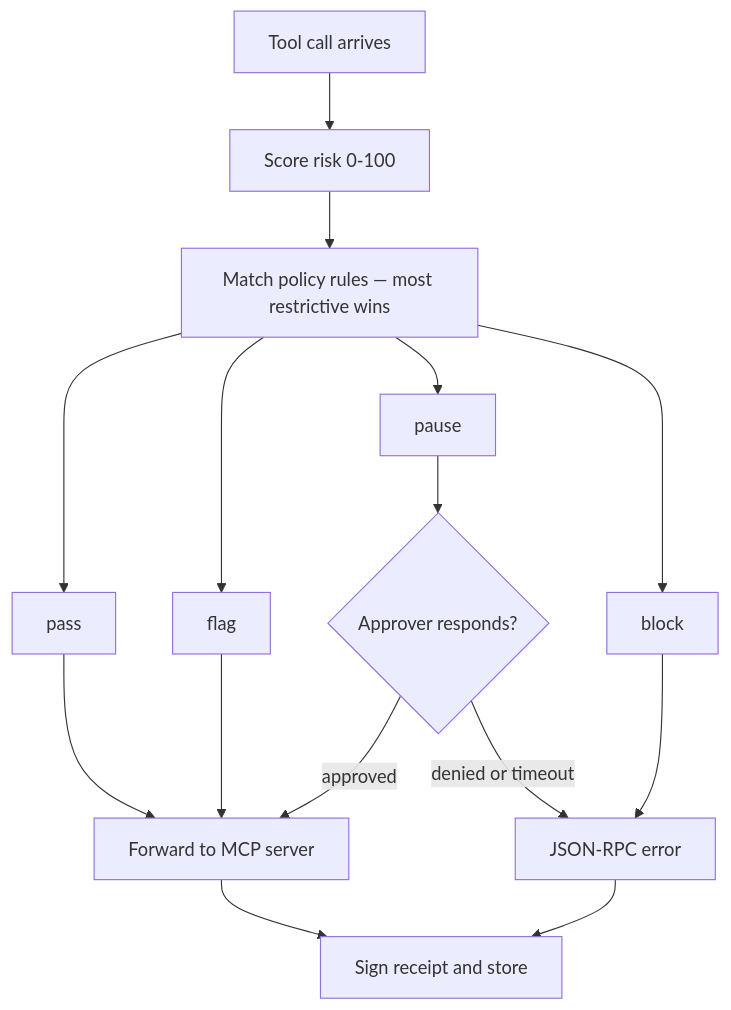
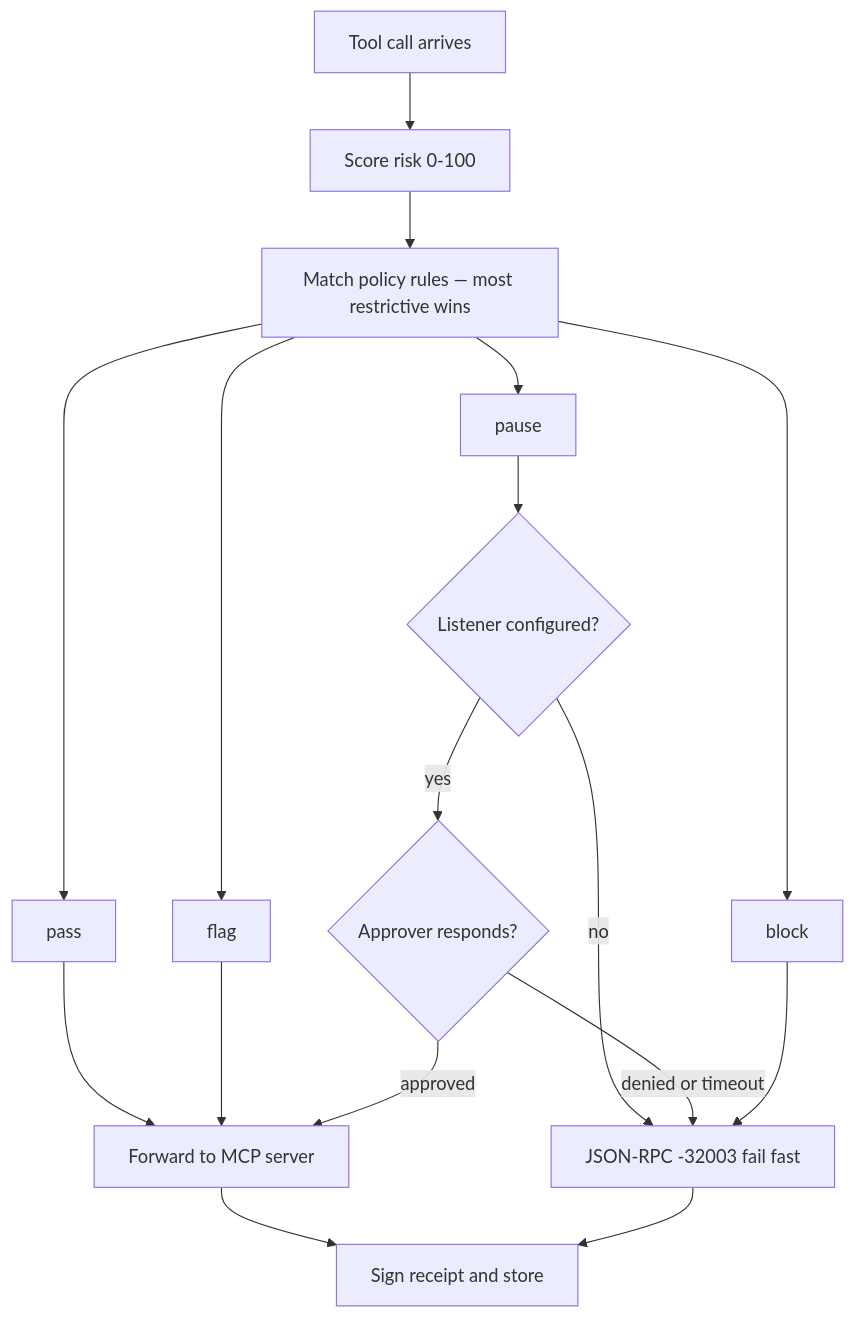
One commit to agent-receipts/ar changed the diagram in site/src/content/docs/mcp-proxy/overview.mdx. Above: the diagram before and after it, drawn with Mermaid. The commit also changed 1 other file, not shown here.

Commit message:
docs(site): fix field path and pause branch per Copilot review on PR #400
receipt-chain-verification.mdx:
- Gap 3.2: delegation flowchart decision node now uses full field paths
  'delegation.delegator.id == parent chain issuer.id' instead of
  shorthand 'delegator.id == parent issuer.id'

mcp-proxy/overview.mdx:
- Gap 4.2: policy flowchart pause branch now shows 'Listener configured?'
  decision first — no listener → fail fast with -32003 immediately;
  listener configured → await approver response (approved/denied/timeout)
  matching the documented default-off approval behavior

````diff
--- a/site/src/content/docs/mcp-proxy/overview.mdx
+++ b/site/src/content/docs/mcp-proxy/overview.mdx
@@ -31,13 +31,15 @@
 ```mermaid
 flowchart TD
   A[Tool call arrives] --> B[Score risk 0-100]
   B --> C[Match policy rules — most restrictive wins]
   C --> P[pass] --> W[Forward to MCP server]
   C --> FL[flag] --> W
-  C --> PA[pause] --> AP{Approver responds?}
-  AP -->|approved| W
-  AP -->|denied or timeout| E[JSON-RPC error]
+  C --> PA[pause] --> AP{Listener configured?}
+  AP -->|no| E[JSON-RPC -32003 fail fast]
+  AP -->|yes| AP2{Approver responds?}
+  AP2 -->|approved| W
+  AP2 -->|denied or timeout| E
   C --> BL[block] --> E
   W --> R[Sign receipt and store]
   E --> R
 ```
````
